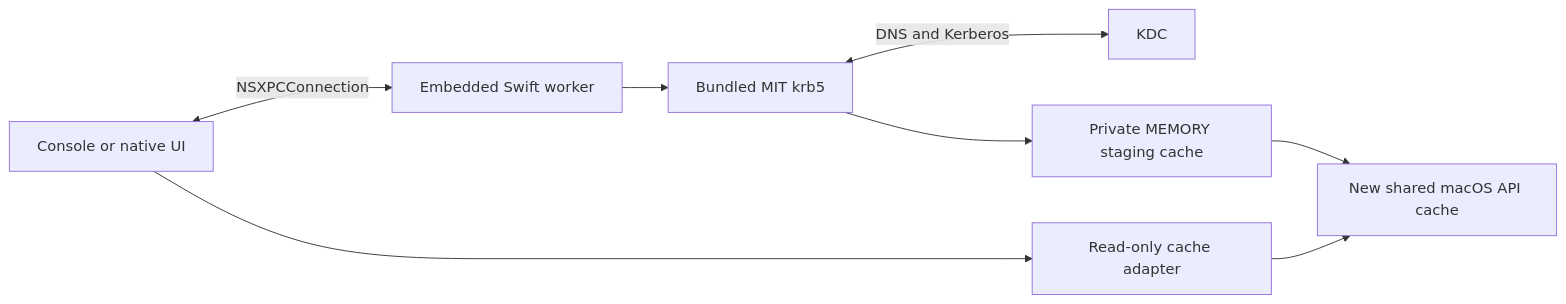
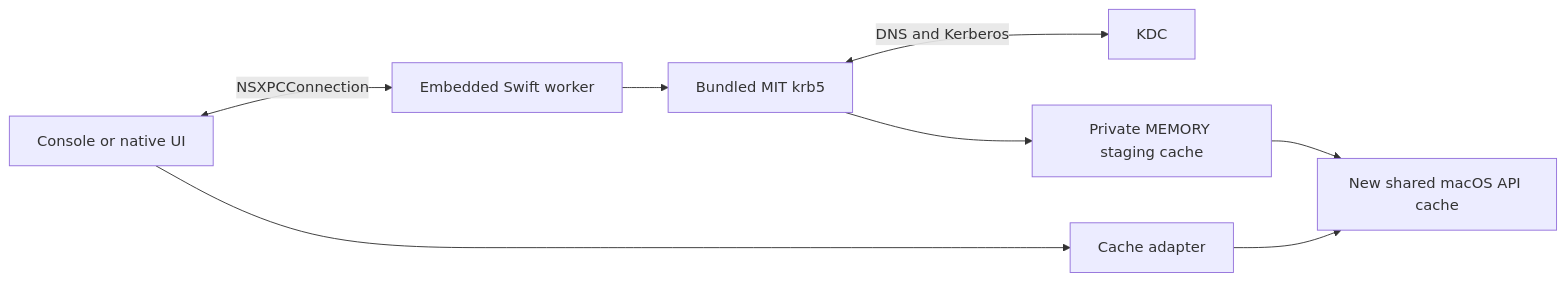
One commit to wyattanderson/kpasskey changed the diagram in docs/ARCHITECTURE.md. Above: the diagram before and after it, drawn with Mermaid. The commit also changed other lines of this file and 7 other files, not shown here.

````diff
--- a/docs/ARCHITECTURE.md
+++ b/docs/ARCHITECTURE.md
@@ -21,10 +26,10 @@
 ```mermaid
 flowchart LR
     H[Console or native UI] <-->|NSXPCConnection| W[Embedded Swift worker]
     W --> K[Bundled MIT krb5]
     K <-->|DNS and Kerberos| D[KDC]
     K --> M[Private MEMORY staging cache]
     M --> A[New shared macOS API cache]
-    H --> R[Read-only cache adapter]
+    H --> R[Cache adapter]
     R --> A
 ```
````
